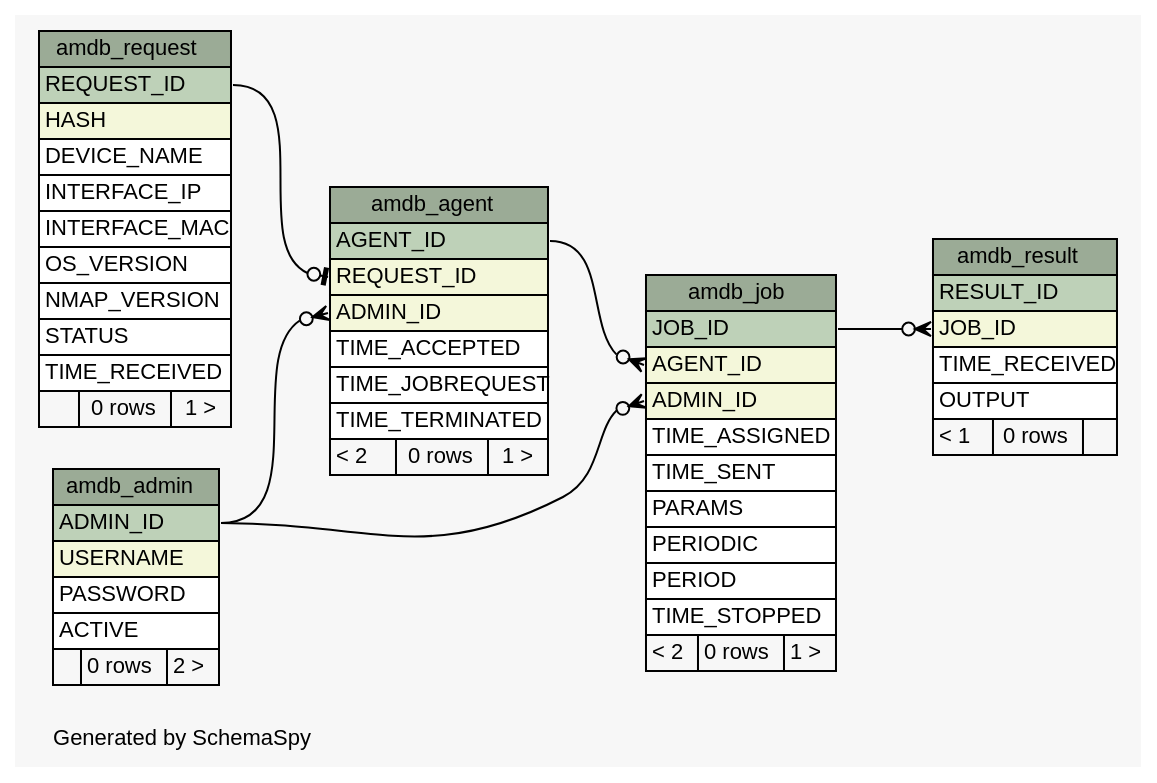
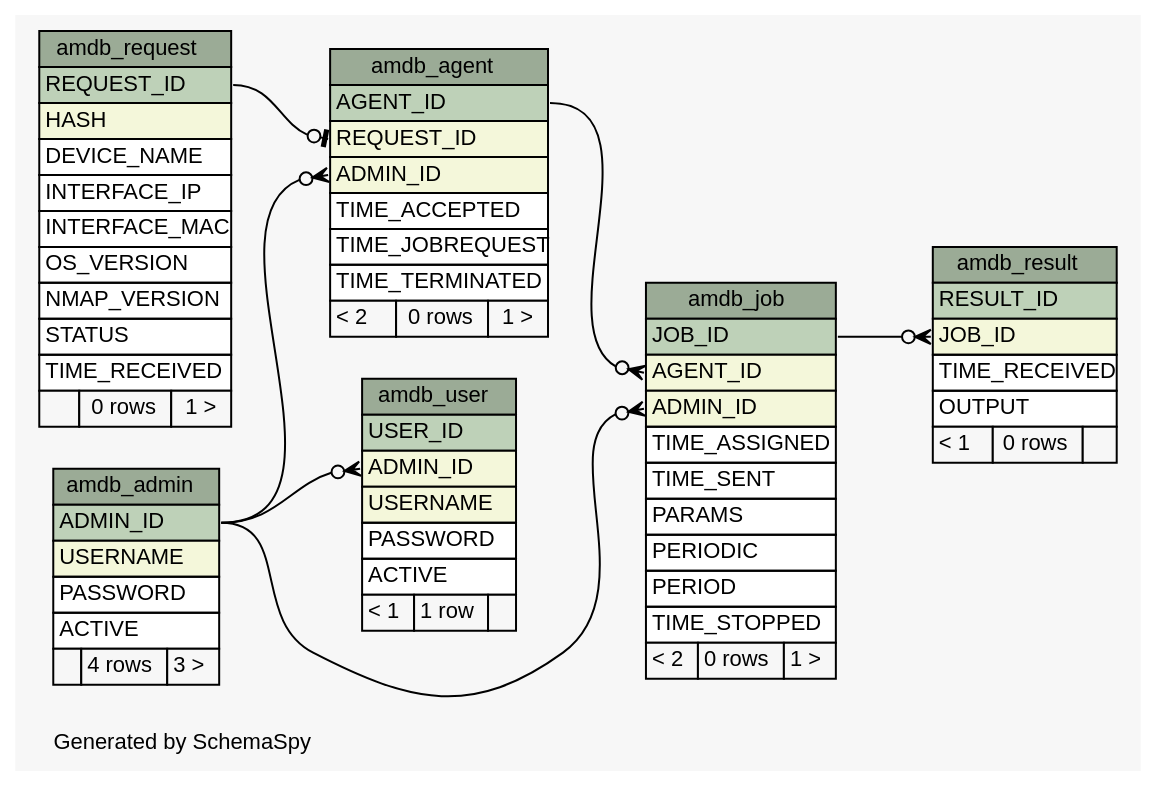
One commit to yannikab/k23b_ac changed the diagram in am/doc/schemaspy/diagrams/summary/relationships.real.large.dot. Above: the diagram before and after it, drawn with Graphviz. The commit also changed 67 other files, not shown here.

Commit message:
Added table for Android Client users to Aggregator Manager database, plus some tests and a basic user log in service.

```diff
--- a/am/doc/schemaspy/diagrams/summary/relationships.real.large.dot
+++ b/am/doc/schemaspy/diagrams/summary/relationships.real.large.dot
@@ -1,104 +1,119 @@
 // dot 2.38.0 on Linux 4.0.5-gentoo
 // SchemaSpy rev 590
 digraph "largeRelationshipsDiagram" {
   graph [
     rankdir="RL"
     bgcolor="#f7f7f7"
     label="\nGenerated by SchemaSpy"
     labeljust="l"
     nodesep="0.18"
     ranksep="0.46"
     fontname="Helvetica"
     fontsize="11"
   ];
   node [
     fontname="Helvetica"
     fontsize="11"
     shape="plaintext"
   ];
   edge [
     arrowsize="0.8"
   ];
   "amdb_admin" [
     label=<
     <TABLE BORDER="0" CELLBORDER="1" CELLSPACING="0" BGCOLOR="#ffffff">
       <TR><TD COLSPAN="3" BGCOLOR="#9bab96" ALIGN="CENTER">amdb_admin</TD></TR>
       <TR><TD PORT="ADMIN_ID" COLSPAN="3" BGCOLOR="#bed1b8" ALIGN="LEFT">ADMIN_ID</TD></TR>
       <TR><TD PORT="USERNAME" COLSPAN="3" BGCOLOR="#f4f7da" ALIGN="LEFT">USERNAME</TD></TR>
       <TR><TD PORT="PASSWORD" COLSPAN="3" ALIGN="LEFT">PASSWORD</TD></TR>
       <TR><TD PORT="ACTIVE" COLSPAN="3" ALIGN="LEFT">ACTIVE</TD></TR>
-      <TR><TD ALIGN="LEFT" BGCOLOR="#f7f7f7">  </TD><TD ALIGN="RIGHT" BGCOLOR="#f7f7f7">0 rows</TD><TD ALIGN="RIGHT" BGCOLOR="#f7f7f7">2 &gt;</TD></TR>
+      <TR><TD ALIGN="LEFT" BGCOLOR="#f7f7f7">  </TD><TD ALIGN="RIGHT" BGCOLOR="#f7f7f7">4 rows</TD><TD ALIGN="RIGHT" BGCOLOR="#f7f7f7">3 &gt;</TD></TR>
     </TABLE>>
     URL="tables/amdb_admin.html"
     tooltip="amdb_admin"
   ];
   "amdb_agent" [
     label=<
     <TABLE BORDER="0" CELLBORDER="1" CELLSPACING="0" BGCOLOR="#ffffff">
       <TR><TD COLSPAN="3" BGCOLOR="#9bab96" ALIGN="CENTER">amdb_agent</TD></TR>
       <TR><TD PORT="AGENT_ID" COLSPAN="3" BGCOLOR="#bed1b8" ALIGN="LEFT">AGENT_ID</TD></TR>
       <TR><TD PORT="REQUEST_ID" COLSPAN="3" BGCOLOR="#f4f7da" ALIGN="LEFT">REQUEST_ID</TD></TR>
       <TR><TD PORT="ADMIN_ID" COLSPAN="3" BGCOLOR="#f4f7da" ALIGN="LEFT">ADMIN_ID</TD></TR>
       <TR><TD PORT="TIME_ACCEPTED" COLSPAN="3" ALIGN="LEFT">TIME_ACCEPTED</TD></TR>
       <TR><TD PORT="TIME_JOBREQUEST" COLSPAN="3" ALIGN="LEFT">TIME_JOBREQUEST</TD></TR>
       <TR><TD PORT="TIME_TERMINATED" COLSPAN="3" ALIGN="LEFT">TIME_TERMINATED</TD></TR>
       <TR><TD ALIGN="LEFT" BGCOLOR="#f7f7f7">&lt; 2</TD><TD ALIGN="RIGHT" BGCOLOR="#f7f7f7">0 rows</TD><TD ALIGN="RIGHT" BGCOLOR="#f7f7f7">1 &gt;</TD></TR>
     </TABLE>>
     URL="tables/amdb_agent.html"
     tooltip="amdb_agent"
   ];
   "amdb_job" [
     label=<
     <TABLE BORDER="0" CELLBORDER="1" CELLSPACING="0" BGCOLOR="#ffffff">
       <TR><TD COLSPAN="3" BGCOLOR="#9bab96" ALIGN="CENTER">amdb_job</TD></TR>
       <TR><TD PORT="JOB_ID" COLSPAN="3" BGCOLOR="#bed1b8" ALIGN="LEFT">JOB_ID</TD></TR>
       <TR><TD PORT="AGENT_ID" COLSPAN="3" BGCOLOR="#f4f7da" ALIGN="LEFT">AGENT_ID</TD></TR>
       <TR><TD PORT="ADMIN_ID" COLSPAN="3" BGCOLOR="#f4f7da" ALIGN="LEFT">ADMIN_ID</TD></TR>
       <TR><TD PORT="TIME_ASSIGNED" COLSPAN="3" ALIGN="LEFT">TIME_ASSIGNED</TD></TR>
       <TR><TD PORT="TIME_SENT" COLSPAN="3" ALIGN="LEFT">TIME_SENT</TD></TR>
       <TR><TD PORT="PARAMS" COLSPAN="3" ALIGN="LEFT">PARAMS</TD></TR>
       <TR><TD PORT="PERIODIC" COLSPAN="3" ALIGN="LEFT">PERIODIC</TD></TR>
       <TR><TD PORT="PERIOD" COLSPAN="3" ALIGN="LEFT">PERIOD</TD></TR>
       <TR><TD PORT="TIME_STOPPED" COLSPAN="3" ALIGN="LEFT">TIME_STOPPED</TD></TR>
       <TR><TD ALIGN="LEFT" BGCOLOR="#f7f7f7">&lt; 2</TD><TD ALIGN="RIGHT" BGCOLOR="#f7f7f7">0 rows</TD><TD ALIGN="RIGHT" BGCOLOR="#f7f7f7">1 &gt;</TD></TR>
     </TABLE>>
     URL="tables/amdb_job.html"
     tooltip="amdb_job"
   ];
   "amdb_request" [
     label=<
     <TABLE BORDER="0" CELLBORDER="1" CELLSPACING="0" BGCOLOR="#ffffff">
       <TR><TD COLSPAN="3" BGCOLOR="#9bab96" ALIGN="CENTER">amdb_request</TD></TR>
       <TR><TD PORT="REQUEST_ID" COLSPAN="3" BGCOLOR="#bed1b8" ALIGN="LEFT">REQUEST_ID</TD></TR>
       <TR><TD PORT="HASH" COLSPAN="3" BGCOLOR="#f4f7da" ALIGN="LEFT">HASH</TD></TR>
       <TR><TD PORT="DEVICE_NAME" COLSPAN="3" ALIGN="LEFT">DEVICE_NAME</TD></TR>
       <TR><TD PORT="INTERFACE_IP" COLSPAN="3" ALIGN="LEFT">INTERFACE_IP</TD></TR>
       <TR><TD PORT="INTERFACE_MAC" COLSPAN="3" ALIGN="LEFT">INTERFACE_MAC</TD></TR>
       <TR><TD PORT="OS_VERSION" COLSPAN="3" ALIGN="LEFT">OS_VERSION</TD></TR>
       <TR><TD PORT="NMAP_VERSION" COLSPAN="3" ALIGN="LEFT">NMAP_VERSION</TD></TR>
       <TR><TD PORT="STATUS" COLSPAN="3" ALIGN="LEFT">STATUS</TD></TR>
       <TR><TD PORT="TIME_RECEIVED" COLSPAN="3" ALIGN="LEFT">TIME_RECEIVED</TD></TR>
       <TR><TD ALIGN="LEFT" BGCOLOR="#f7f7f7">  </TD><TD ALIGN="RIGHT" BGCOLOR="#f7f7f7">0 rows</TD><TD ALIGN="RIGHT" BGCOLOR="#f7f7f7">1 &gt;</TD></TR>
     </TABLE>>
     URL="tables/amdb_request.html"
     tooltip="amdb_request"
   ];
   "amdb_result" [
     label=<
     <TABLE BORDER="0" CELLBORDER="1" CELLSPACING="0" BGCOLOR="#ffffff">
       <TR><TD COLSPAN="3" BGCOLOR="#9bab96" ALIGN="CENTER">amdb_result</TD></TR>
       <TR><TD PORT="RESULT_ID" COLSPAN="3" BGCOLOR="#bed1b8" ALIGN="LEFT">RESULT_ID</TD></TR>
       <TR><TD PORT="JOB_ID" COLSPAN="3" BGCOLOR="#f4f7da" ALIGN="LEFT">JOB_ID</TD></TR>
       <TR><TD PORT="TIME_RECEIVED" COLSPAN="3" ALIGN="LEFT">TIME_RECEIVED</TD></TR>
       <TR><TD PORT="OUTPUT" COLSPAN="3" ALIGN="LEFT">OUTPUT</TD></TR>
       <TR><TD ALIGN="LEFT" BGCOLOR="#f7f7f7">&lt; 1</TD><TD ALIGN="RIGHT" BGCOLOR="#f7f7f7">0 rows</TD><TD ALIGN="RIGHT" BGCOLOR="#f7f7f7">  </TD></TR>
     </TABLE>>
     URL="tables/amdb_result.html"
     tooltip="amdb_result"
   ];
+  "amdb_user" [
+    label=<
+    <TABLE BORDER="0" CELLBORDER="1" CELLSPACING="0" BGCOLOR="#ffffff">
+      <TR><TD COLSPAN="3" BGCOLOR="#9bab96" ALIGN="CENTER">amdb_user</TD></TR>
+      <TR><TD PORT="USER_ID" COLSPAN="3" BGCOLOR="#bed1b8" ALIGN="LEFT">USER_ID</TD></TR>
+      <TR><TD PORT="ADMIN_ID" COLSPAN="3" BGCOLOR="#f4f7da" ALIGN="LEFT">ADMIN_ID</TD></TR>
+      <TR><TD PORT="USERNAME" COLSPAN="3" BGCOLOR="#f4f7da" ALIGN="LEFT">USERNAME</TD></TR>
+      <TR><TD PORT="PASSWORD" COLSPAN="3" ALIGN="LEFT">PASSWORD</TD></TR>
+      <TR><TD PORT="ACTIVE" COLSPAN="3" ALIGN="LEFT">ACTIVE</TD></TR>
+      <TR><TD ALIGN="LEFT" BGCOLOR="#f7f7f7">&lt; 1</TD><TD ALIGN="RIGHT" BGCOLOR="#f7f7f7">1 row</TD><TD ALIGN="RIGHT" BGCOLOR="#f7f7f7">  </TD></TR>
+    </TABLE>>
+    URL="tables/amdb_user.html"
+    tooltip="amdb_user"
+  ];
   "amdb_agent":"ADMIN_ID":w -> "amdb_admin":"ADMIN_ID":e [arrowhead=none dir=back arrowtail=crowodot];
   "amdb_agent":"REQUEST_ID":w -> "amdb_request":"REQUEST_ID":e [arrowhead=none dir=back arrowtail=teeodot];
   "amdb_job":"ADMIN_ID":w -> "amdb_admin":"ADMIN_ID":e [arrowhead=none dir=back arrowtail=crowodot];
   "amdb_job":"AGENT_ID":w -> "amdb_agent":"AGENT_ID":e [arrowhead=none dir=back arrowtail=crowodot];
   "amdb_result":"JOB_ID":w -> "amdb_job":"JOB_ID":e [arrowhead=none dir=back arrowtail=crowodot];
+  "amdb_user":"ADMIN_ID":w -> "amdb_admin":"ADMIN_ID":e [arrowhead=none dir=back arrowtail=crowodot];
 }
```
